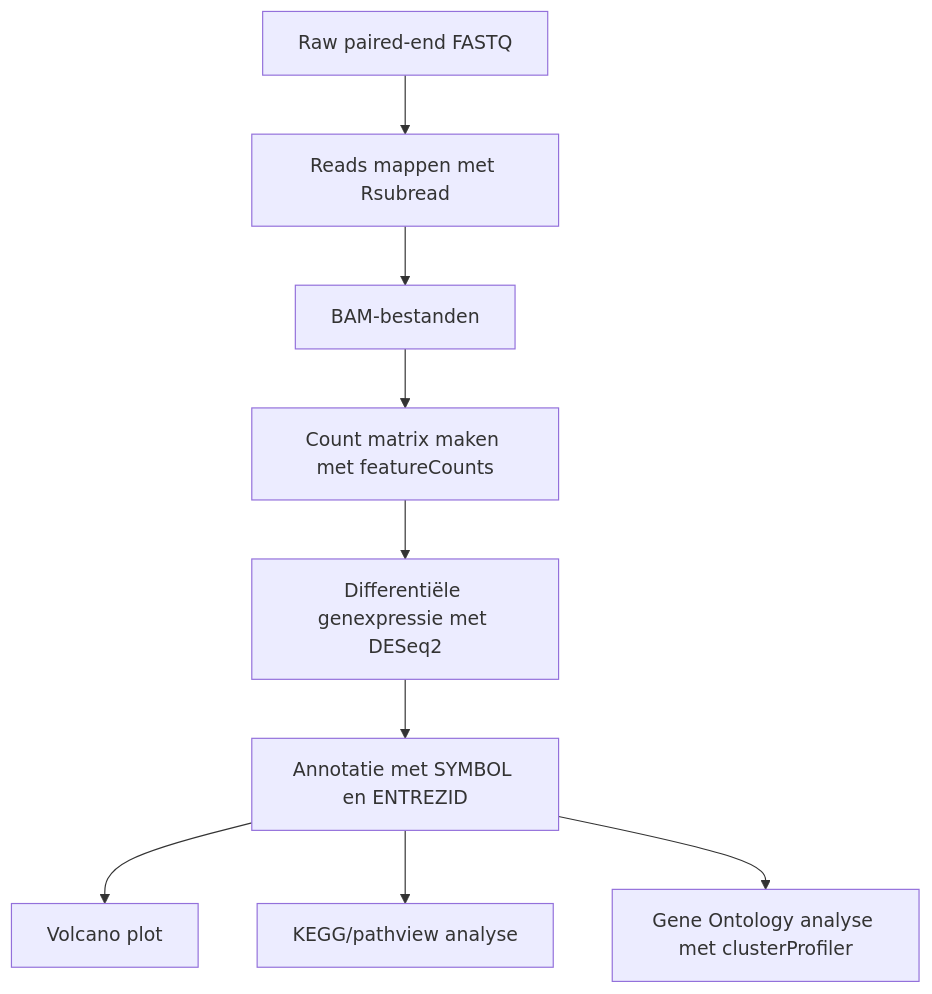
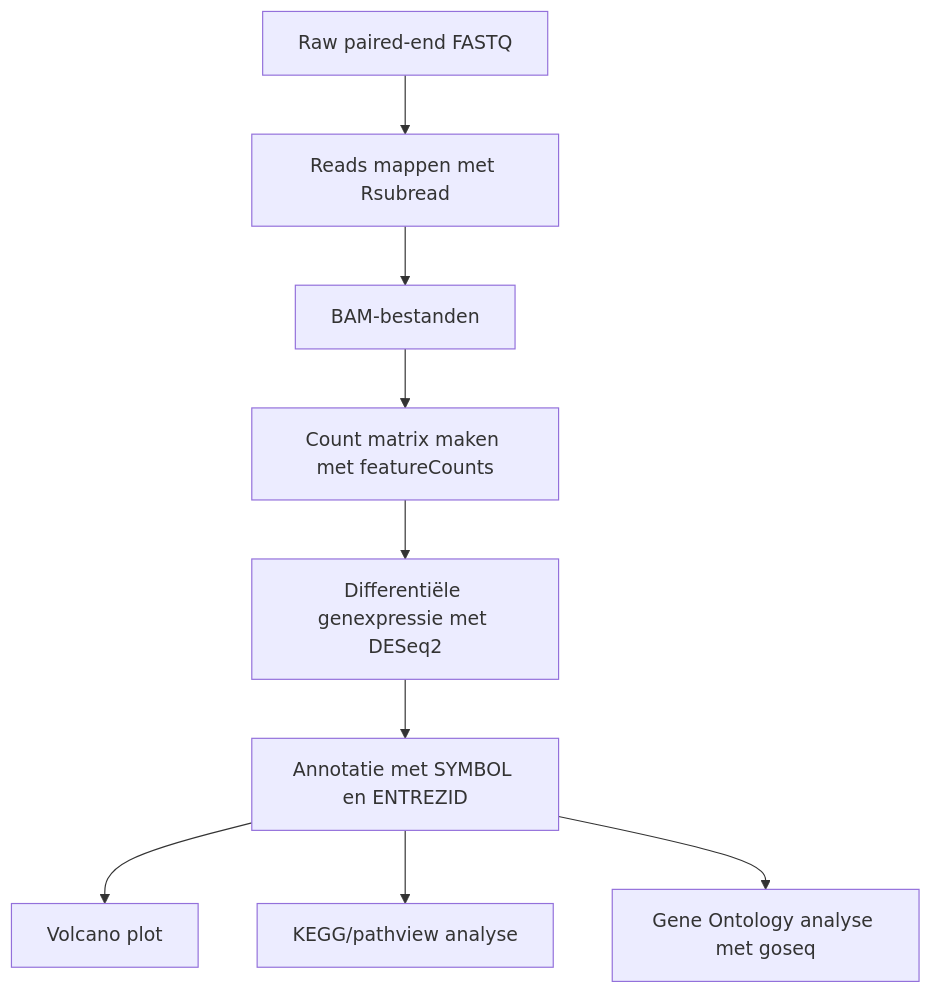
The diagram in README.md (Emily-vdM/J2P4-Transcriptomics-RA), drawn with Mermaid before and after one commit. The commit also changed other lines of this file and 12 other files, not shown here.

First line of the commit message:
GO-analyse aangepast naar goseq

````diff
--- a/README.md
+++ b/README.md
@@ -61,11 +65,11 @@
 ```mermaid
 flowchart TD
     A[Raw paired-end FASTQ] --> B[Reads mappen met Rsubread]
     B --> C[BAM-bestanden]
     C --> D[Count matrix maken met featureCounts]
     D --> E[Differentiële genexpressie met DESeq2]
     E --> F[Annotatie met SYMBOL en ENTREZID]
     F --> G[Volcano plot]
     F --> H[KEGG/pathview analyse]
-    F --> I[Gene Ontology analyse met clusterProfiler]
+    F --> I[Gene Ontology analyse met goseq]
 ```
````
